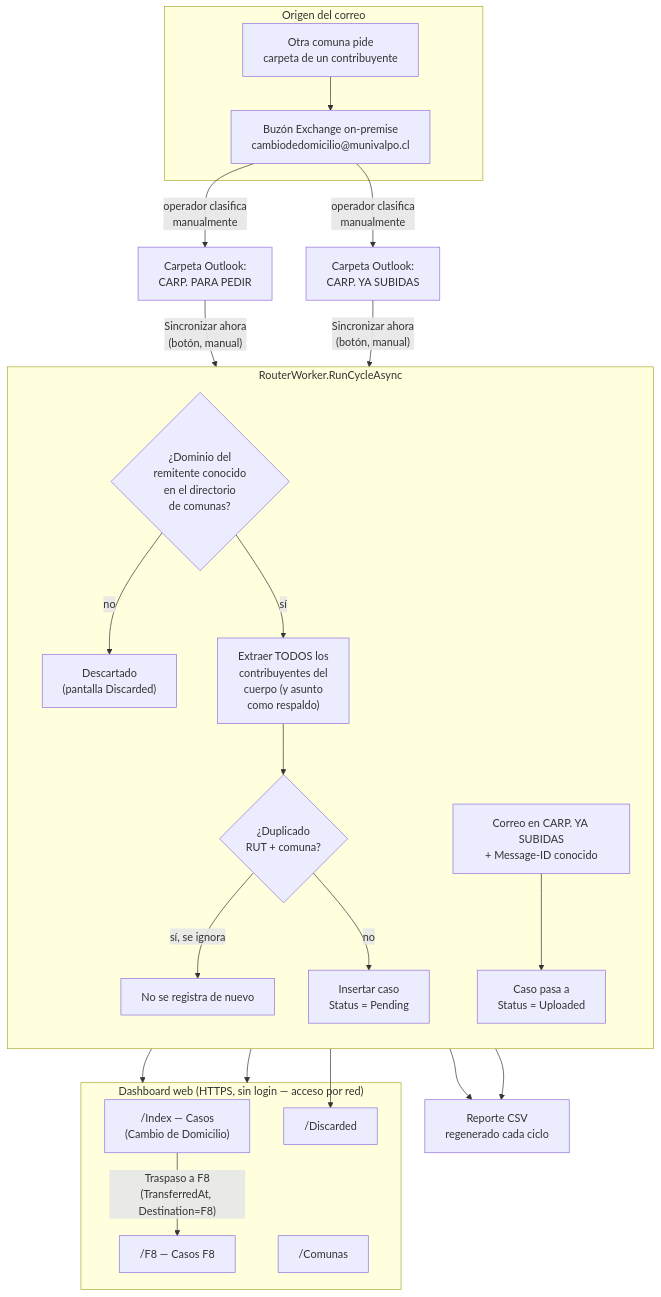
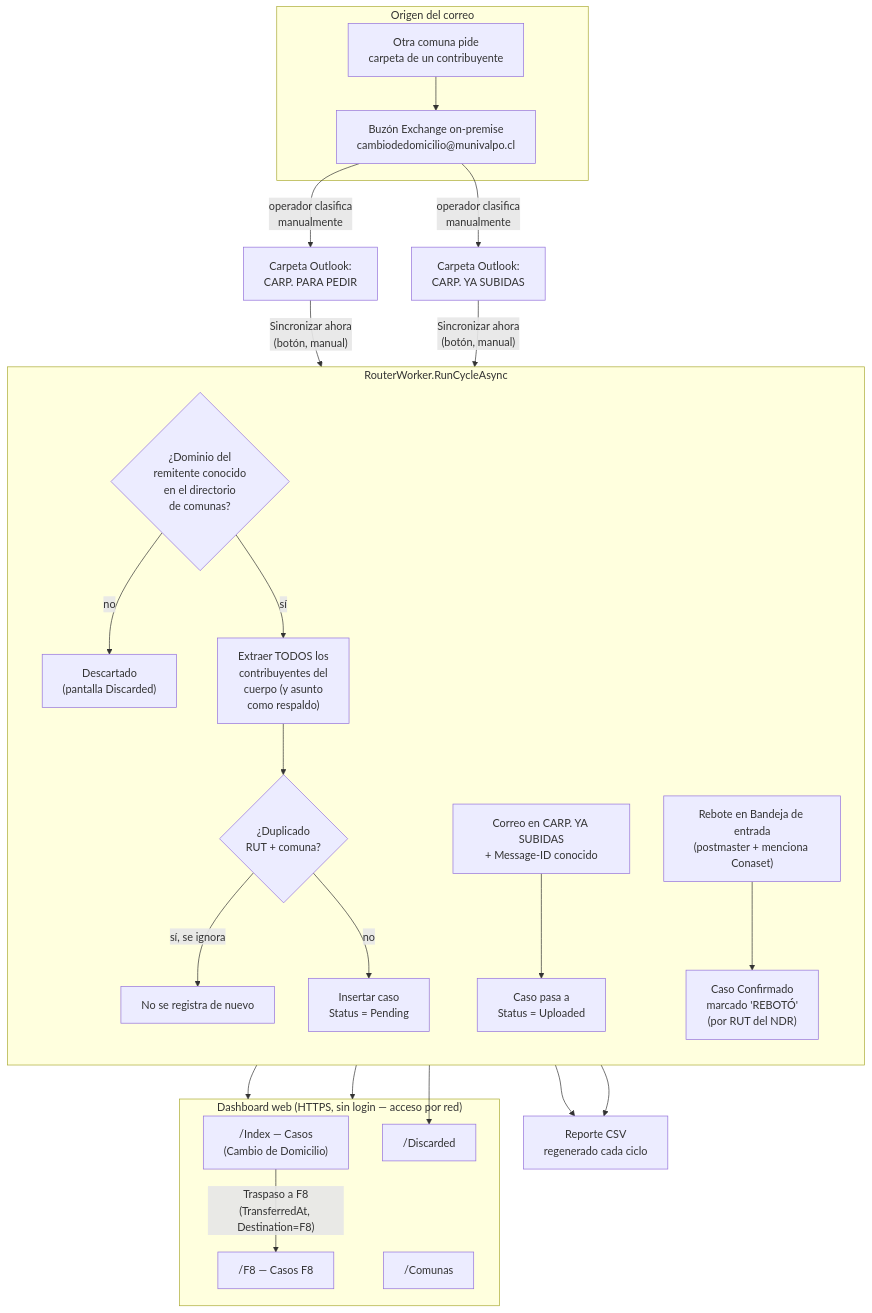
The first of 6 diagrams in docs/diagrama-sistema.md (corsal2025/cambio-de-domicilio), drawn with Mermaid before and after one commit. The commit also changed 28 other files, not shown here.

````diff
--- a/docs/diagrama-sistema.md
+++ b/docs/diagrama-sistema.md
@@ -10,41 +10,42 @@
 ```mermaid
 flowchart TB
     subgraph Origen["Origen del correo"]
         M1["Otra comuna pide<br/>carpeta de un contribuyente"]
         M2["Buzón Exchange on-premise<br/>cambiodedomicilio@munivalpo.cl"]
         M1 --> M2
     end
 
     M2 -->|"operador clasifica<br/>manualmente"| F1["Carpeta Outlook:<br/>CARP. PARA PEDIR"]
     M2 -->|"operador clasifica<br/>manualmente"| F2["Carpeta Outlook:<br/>CARP. YA SUBIDAS"]
 
     F1 -->|"Sincronizar ahora<br/>(botón, manual)"| RW
     F2 -->|"Sincronizar ahora<br/>(botón, manual)"| RW
 
     subgraph RW["RouterWorker.RunCycleAsync"]
         direction TB
         D{"¿Dominio del<br/>remitente conocido<br/>en el directorio<br/>de comunas?"}
         D -->|no| DISC["Descartado<br/>(pantalla Discarded)"]
         D -->|sí| EX["Extraer TODOS los<br/>contribuyentes del<br/>cuerpo (y asunto<br/>como respaldo)"]
         EX --> DUP{"¿Duplicado<br/>RUT + comuna?"}
         DUP -->|sí, se ignora| SKIP["No se registra de nuevo"]
         DUP -->|no| INS["Insertar caso<br/>Status = Pending"]
         UP["Correo en CARP. YA SUBIDAS<br/>+ Message-ID conocido"] --> SETUP["Caso pasa a<br/>Status = Uploaded"]
+        NDR["Rebote en Bandeja de entrada<br/>(postmaster + menciona Conaset)"] --> BNC["Caso Confirmado<br/>marcado 'REBOTÓ'<br/>(por RUT del NDR)"]
     end
 
     INS --> CSV["Reporte CSV<br/>regenerado cada ciclo"]
     SETUP --> CSV
 
     INS --> DASH
     SETUP --> DASH
 
     subgraph DASH["Dashboard web (HTTPS, sin login — acceso por red)"]
         CASOS["/Index — Casos<br/>(Cambio de Domicilio)"]
         F8P["/F8 — Casos F8"]
         DISCP["/Discarded"]
         COMU["/Comunas"]
     end
 
     CASOS -->|"Traspaso a F8<br/>(TransferredAt, Destination=F8)"| F8P
     DISC --> DISCP
 ```
````
